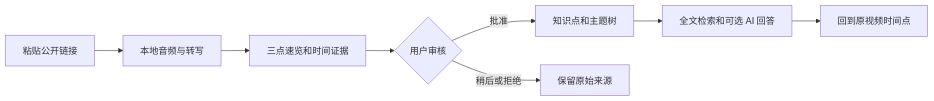
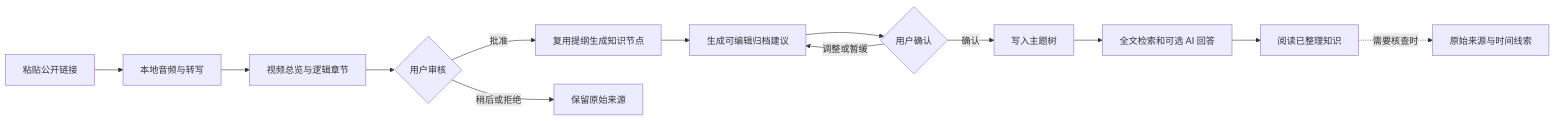
Before and after one commit to carolinozisch-web/process-bilibili-course-skill: the diagram in README.md, drawn with Mermaid. The commit also changed other lines of this file and 19 other files, not shown here.

````diff
--- a/README.md
+++ b/README.md
@@ -37,10 +47,15 @@
 ```mermaid
 flowchart LR
     A[粘贴公开链接] --> B[本地音频与转写]
-    B --> C[三点速览和时间证据]
+    B --> C[视频总览与逻辑章节]
     C --> D{用户审核}
-    D -->|批准| E[知识点和主题树]
+    D -->|批准| E[复用提纲生成知识节点]
     D -->|稍后或拒绝| F[保留原始来源]
-    E --> G[全文检索和可选 AI 回答]
-    G --> H[回到原视频时间点]
+    E --> I[生成可编辑归档建议]
+    I --> J{用户确认}
+    J -->|确认| K[写入主题树]
+    J -->|调整或暂缓| I
+    K --> G[全文检索和可选 AI 回答]
+    G --> H[阅读已整理知识]
+    H -.需要核查时.-> L[原始来源与时间线索]
 ```
````
